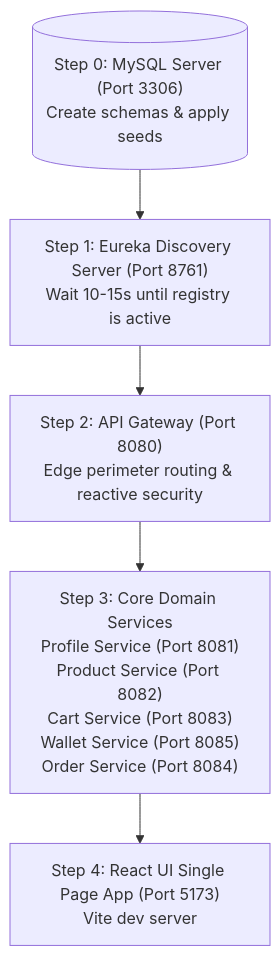
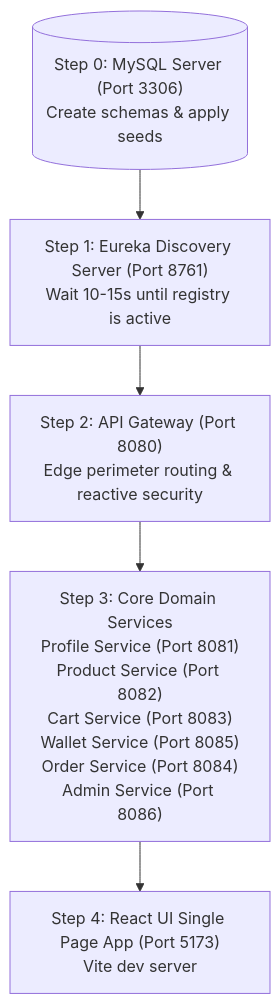
Before and after one commit to varshinijayaprabhu/E_Shopping_Zone: the diagram in docs/deployment/service-startup-order.md, drawn with Mermaid. The commit also changed other lines of this file and 105 other files, not shown here.

````diff
--- a/docs/deployment/service-startup-order.md
+++ b/docs/deployment/service-startup-order.md
@@ -7,8 +7,8 @@
 ```mermaid
 flowchart TD
     DB[("Step 0: MySQL Server (Port 3306)<br/>Create schemas & apply seeds")] --> S1
     S1["Step 1: Eureka Discovery Server (Port 8761)<br/>Wait 10-15s until registry is active"] --> S2
     S2["Step 2: API Gateway (Port 8080)<br/>Edge perimeter routing & reactive security"] --> S3
-    S3["Step 3: Core Domain Services<br/>Profile Service (Port 8081)<br/>Product Service (Port 8082)<br/>Cart Service (Port 8083)<br/>Wallet Service (Port 8085)<br/>Order Service (Port 8084)"] --> S4
+    S3["Step 3: Core Domain Services<br/>Profile Service (Port 8081)<br/>Product Service (Port 8082)<br/>Cart Service (Port 8083)<br/>Wallet Service (Port 8085)<br/>Order Service (Port 8084)<br/>Admin Service (Port 8086)"] --> S4
     S4["Step 4: React UI Single Page App (Port 5173)<br/>Vite dev server"]
 ```
````
